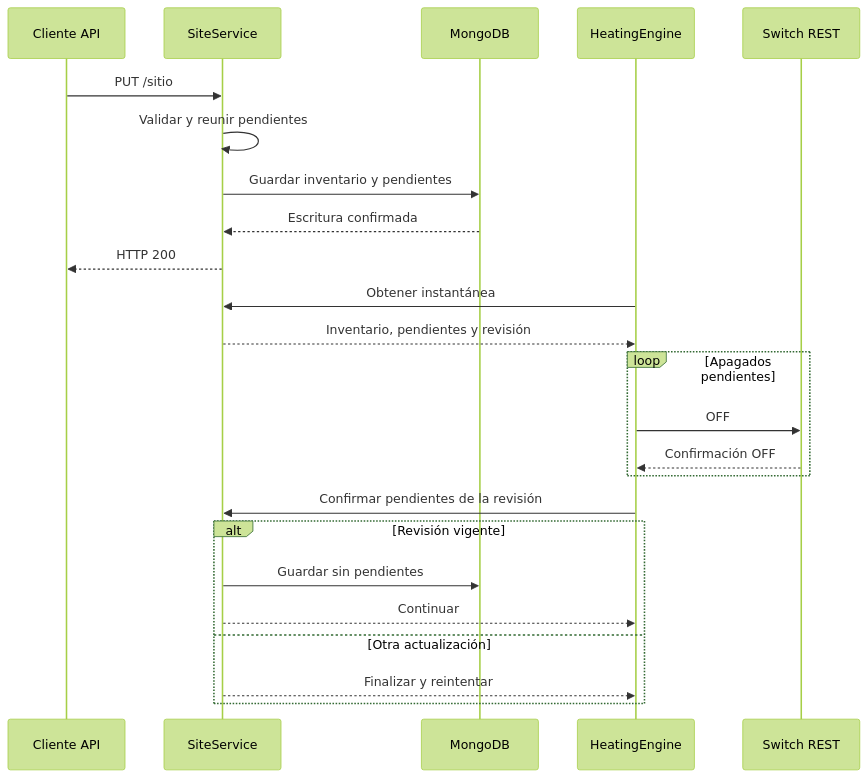
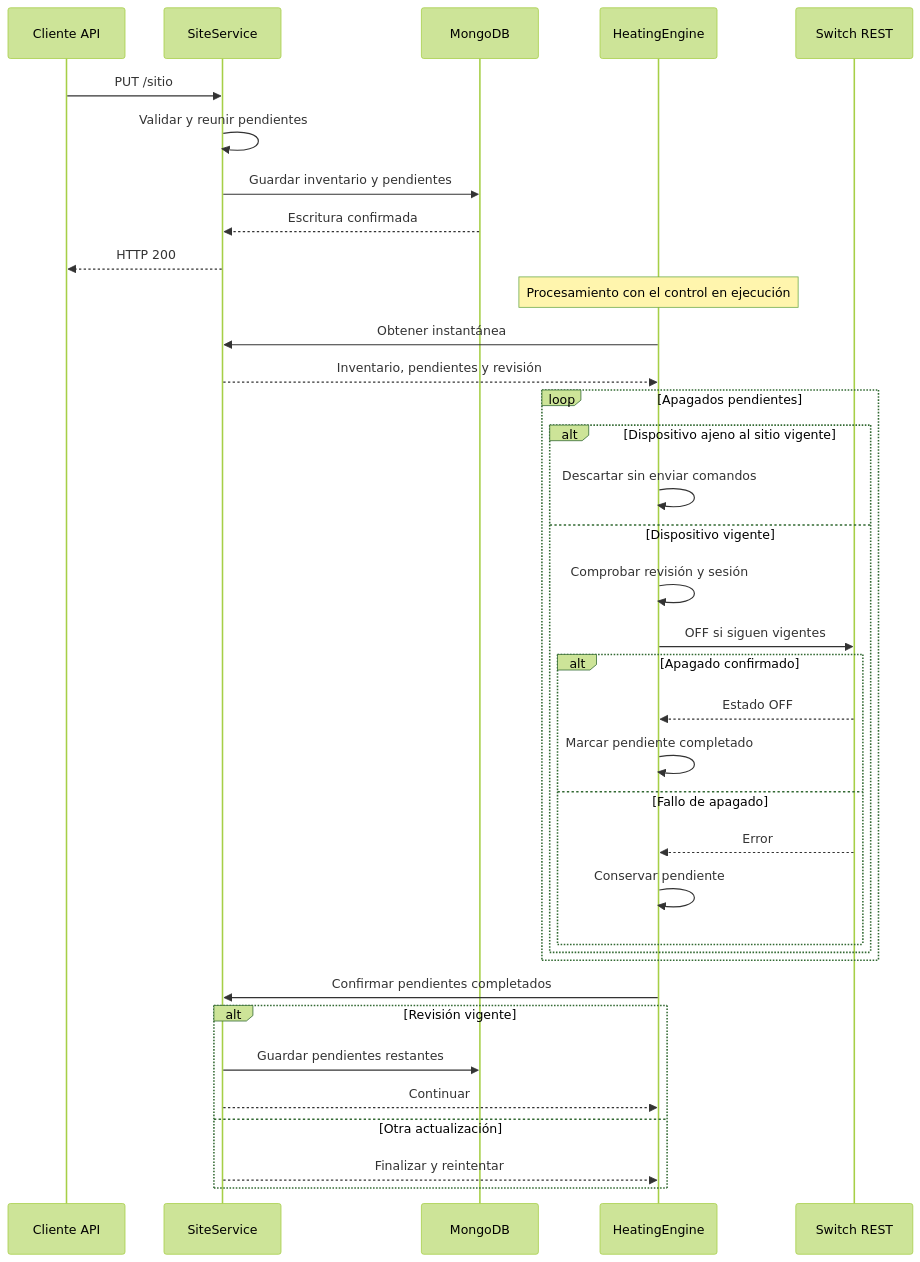
The sixth of 7 diagrams in docs/arquitectura/4mas1.md (BreanCasas/iiss-2026-grupo-1), drawn with Mermaid (forest theme) before and after one commit. The commit also changed other lines of this file and 119 other files, not shown here.

````diff
--- a/docs/arquitectura/4mas1.md
+++ b/docs/arquitectura/4mas1.md
@@ -448,31 +614,43 @@
 ```mermaid
 sequenceDiagram
     participant A as Cliente API
     participant S as SiteService
     participant M as MongoDB
     participant E as HeatingEngine
     participant W as Switch REST
 
     A->>S: PUT /sitio
     S->>S: Validar y reunir pendientes
     S->>M: Guardar inventario y pendientes
     M-->>S: Escritura confirmada
     S-->>A: HTTP 200
 
+    Note over E: Procesamiento con el control en ejecución
     E->>S: Obtener instantánea
     S-->>E: Inventario, pendientes y revisión
 
     loop Apagados pendientes
-        E->>W: OFF
-        W-->>E: Confirmación OFF
+        alt Dispositivo ajeno al sitio vigente
+            E->>E: Descartar sin enviar comandos
+        else Dispositivo vigente
+            E->>E: Comprobar revisión y sesión
+            E->>W: OFF si siguen vigentes
+            alt Apagado confirmado
+                W-->>E: Estado OFF
+                E->>E: Marcar pendiente completado
+            else Fallo de apagado
+                W-->>E: Error
+                E->>E: Conservar pendiente
+            end
+        end
     end
 
-    E->>S: Confirmar pendientes de la revisión
+    E->>S: Confirmar pendientes completados
 
     alt Revisión vigente
-        S->>M: Guardar sin pendientes
+        S->>M: Guardar pendientes restantes
         S-->>E: Continuar
     else Otra actualización
         S-->>E: Finalizar y reintentar
     end
 ```
````
